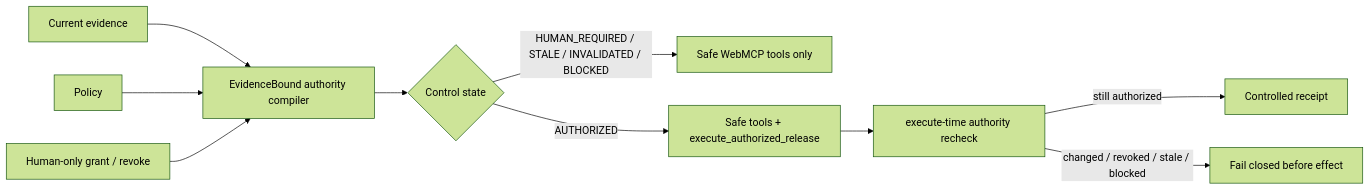
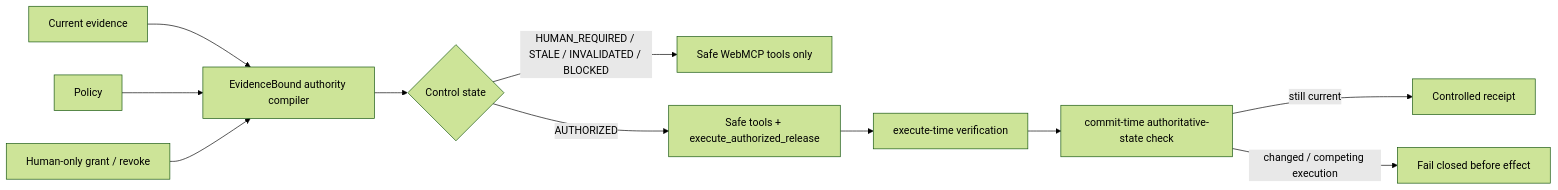
One commit to evidencebound/evidencebound-core changed the diagram in docs/competitions/webmcp/README.md. Above: the diagram before and after it, drawn with Mermaid (forest theme). The commit also changed other lines of this file, not shown here.

````diff
--- a/docs/competitions/webmcp/README.md
+++ b/docs/competitions/webmcp/README.md
@@ -24,12 +23,13 @@
 ```mermaid
 flowchart LR
   E[Current evidence] --> C[EvidenceBound authority compiler]
   P[Policy] --> C
   H[Human-only grant / revoke] --> C
   C --> S{Control state}
   S -->|HUMAN_REQUIRED / STALE / INVALIDATED / BLOCKED| R[Safe WebMCP tools only]
   S -->|AUTHORIZED| A[Safe tools + execute_authorized_release]
-  A --> X[execute-time authority recheck]
-  X -->|still authorized| Q[Controlled receipt]
-  X -->|changed / revoked / stale / blocked| F[Fail closed before effect]
+  A --> X[execute-time verification]
+  X --> K[commit-time authoritative-state check]
+  K -->|still current| Q[Controlled receipt]
+  K -->|changed / competing execution| F[Fail closed before effect]
 ```
````
